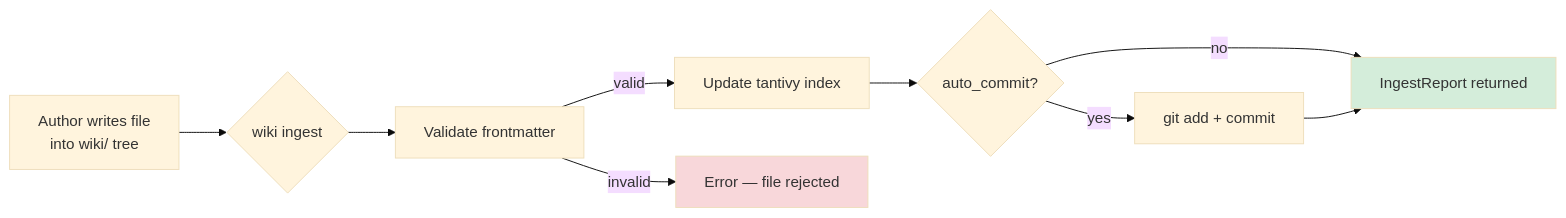
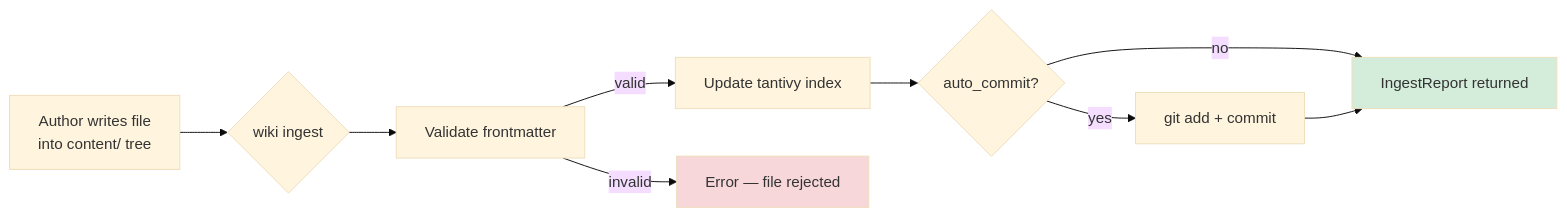
The third of 11 diagrams in llm-wiki/docs/src/diagrams.md (como-technologies/taps), drawn with Mermaid (base theme) before and after one commit. The commit also changed other lines of this file and 96 other files, not shown here.

````diff
--- a/llm-wiki/docs/src/diagrams.md
+++ b/llm-wiki/docs/src/diagrams.md
@@ -84,14 +84,14 @@
 ```mermaid
 flowchart LR
-    A[Author writes file\ninto wiki/ tree] --> B{wiki ingest}
+    A[Author writes file\ninto content/ tree] --> B{wiki ingest}
     B --> C[Validate frontmatter]
     C -->|valid| D[Update tantivy index]
     C -->|invalid| E[Error — file rejected]
     D --> F{auto_commit?}
     F -->|yes| G[git add + commit]
     F -->|no| H[IngestReport returned]
     G --> H
 
     style E fill:#f8d7da
     style H fill:#d4edda
 ```
````
